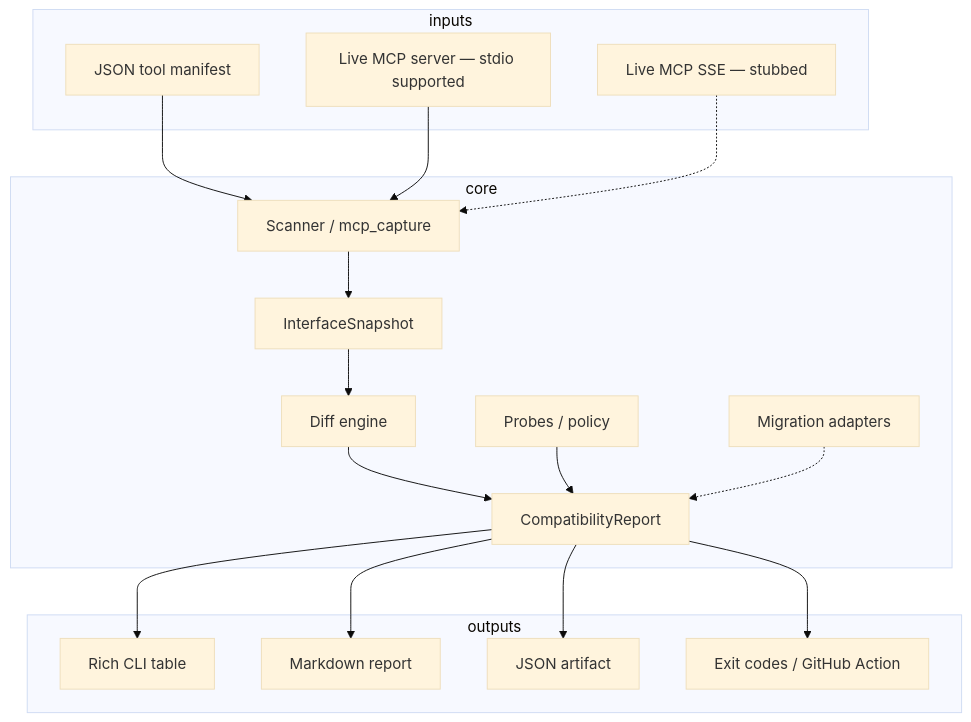
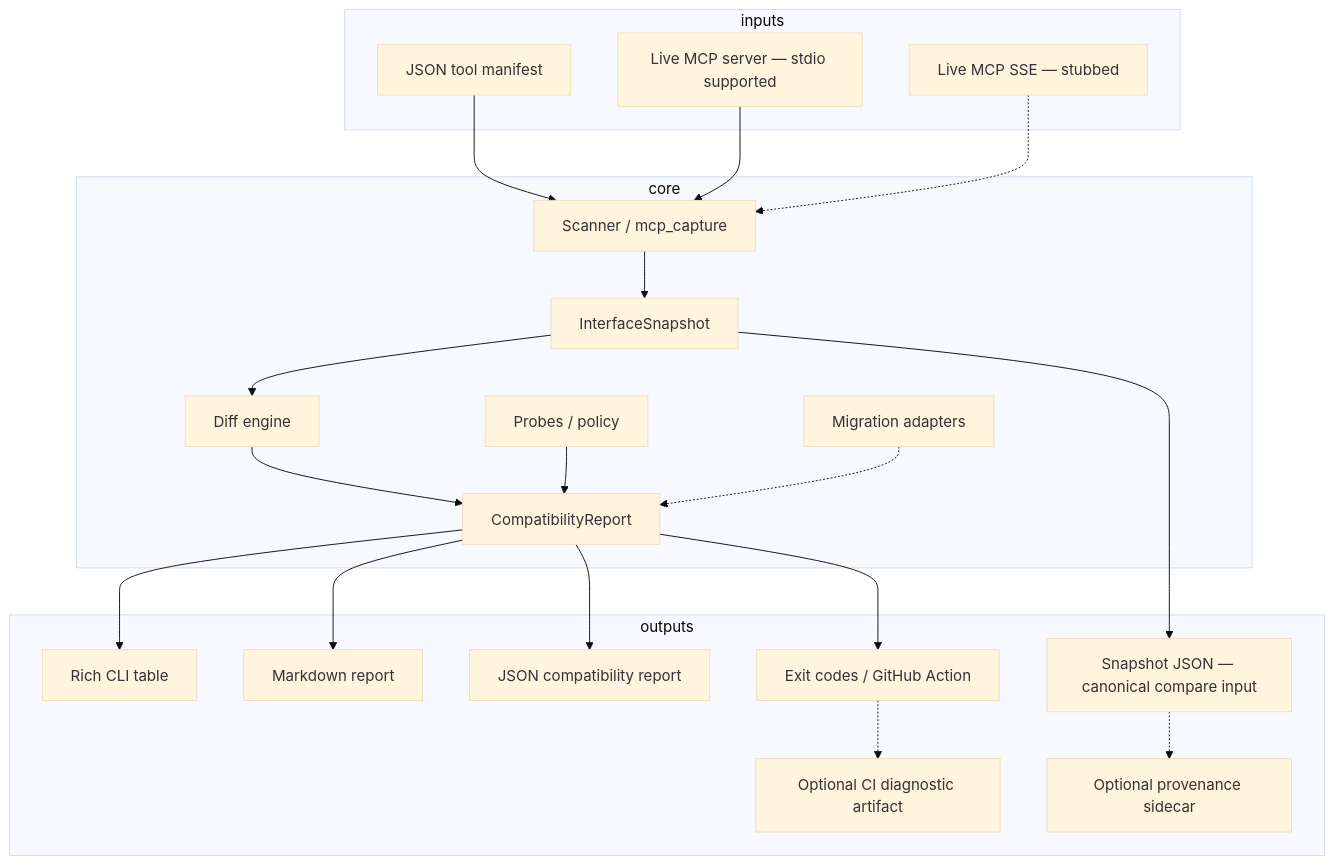
Before and after one commit to askmy-stack/tool-semantics: the diagram in docs/architecture.md, drawn with Mermaid (base theme). The commit also changed other lines of this file and 2 other files, not shown here.

Commit message:
document snapshot storage workflow

````diff
--- a/docs/architecture.md
+++ b/docs/architecture.md
@@ -7,34 +7,40 @@
 ```mermaid
 flowchart TB
   subgraph inputs
     M[JSON tool manifest]
     L[Live MCP server — stdio supported]
     SSE[Live MCP SSE — stubbed]
   end
   subgraph core
     S[Scanner / mcp_capture]
     N[InterfaceSnapshot]
     D[Diff engine]
     P[Probes / policy]
     A[Migration adapters]
     R[CompatibilityReport]
   end
   subgraph outputs
     CLI[Rich CLI table]
     MD[Markdown report]
-    JSON[JSON artifact]
+    JSON[JSON compatibility report]
+    SNAP[Snapshot JSON — canonical compare input]
+    PROV[Optional provenance sidecar]
     CI[Exit codes / GitHub Action]
+    ART[Optional CI diagnostic artifact]
   end
   M --> S
   L --> S
   SSE -.-> S
   S --> N
   N --> D
   D --> R
   P --> R
   A -.-> R
   R --> CLI
   R --> MD
   R --> JSON
   R --> CI
+  N --> SNAP
+  SNAP -.-> PROV
+  CI -.-> ART
 ```
````
